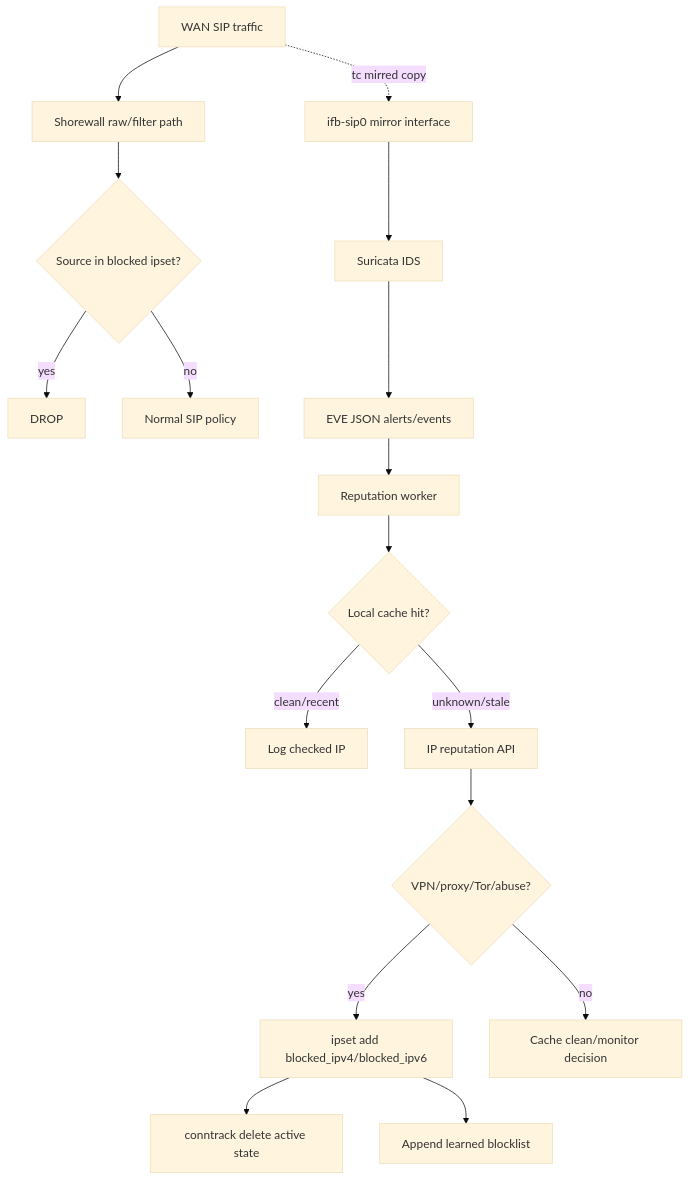
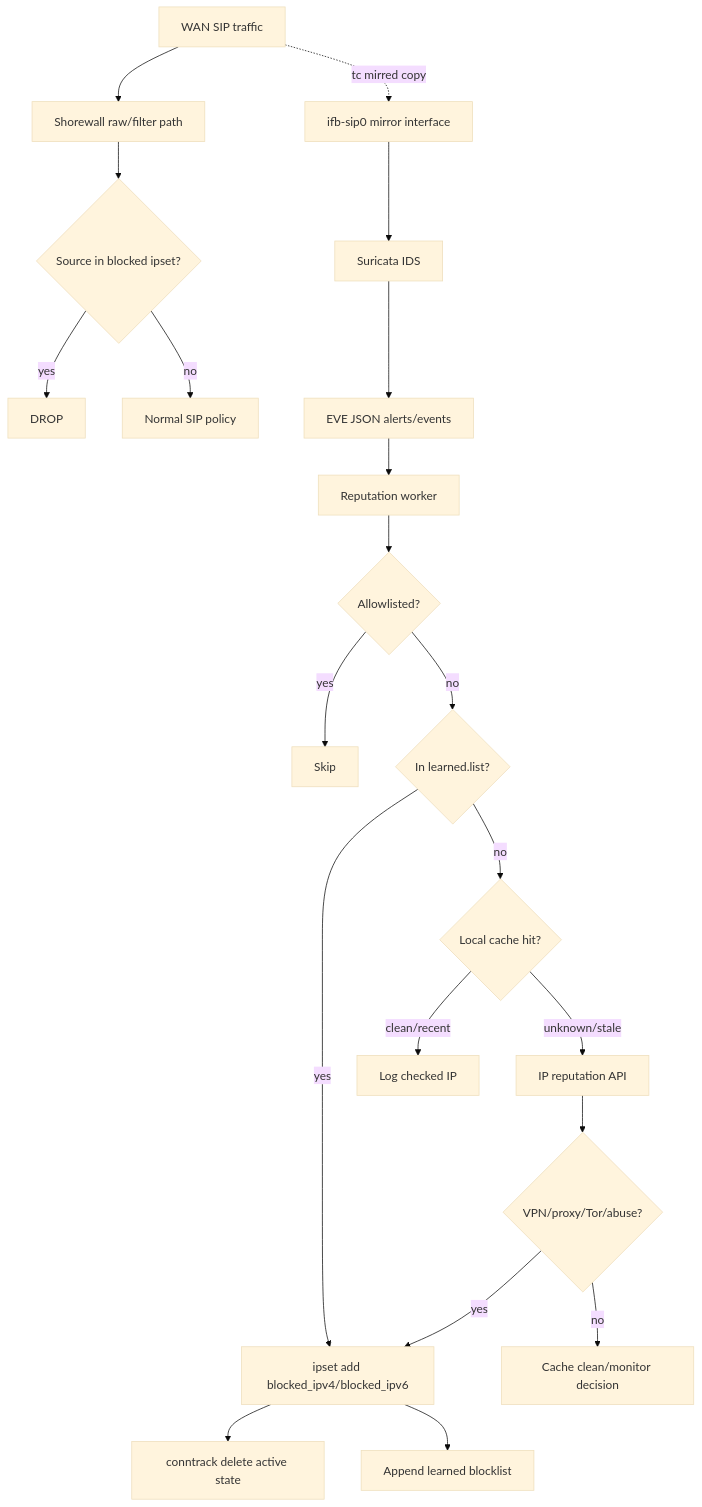
The first of 2 diagrams in docs/wiki-sip-reputation-architecture.md (volga629-1/geoipsets), drawn with Mermaid (base theme) before and after one commit. The commit also changed other lines of this file and 5 other files, not shown here.

````diff
--- a/docs/wiki-sip-reputation-architecture.md
+++ b/docs/wiki-sip-reputation-architecture.md
@@ -20,20 +20,24 @@
 ```mermaid
 flowchart TD
     A["WAN SIP traffic"] --> B["Shorewall raw/filter path"]
     B --> C{"Source in blocked ipset?"}
     C -->|"yes"| D["DROP"]
     C -->|"no"| E["Normal SIP policy"]
 
     A -. "tc mirred copy" .-> F["ifb-sip0 mirror interface"]
     F --> G["Suricata IDS"]
     G --> H["EVE JSON alerts/events"]
     H --> I["Reputation worker"]
-    I --> J{"Local cache hit?"}
+    I --> R{"Allowlisted?"}
+    R -->|"yes"| S["Skip"]
+    R -->|"no"| T{"In learned.list?"}
+    T -->|"yes"| N["ipset add blocked_ipv4/blocked_ipv6"]
+    T -->|"no"| J{"Local cache hit?"}
     J -->|"clean/recent"| K["Log checked IP"]
     J -->|"unknown/stale"| L["IP reputation API"]
     L --> M{"VPN/proxy/Tor/abuse?"}
-    M -->|"yes"| N["ipset add blocked_ipv4/blocked_ipv6"]
+    M -->|"yes"| N
     N --> O["conntrack delete active state"]
     N --> P["Append learned blocklist"]
     M -->|"no"| Q["Cache clean/monitor decision"]
 ```
````
